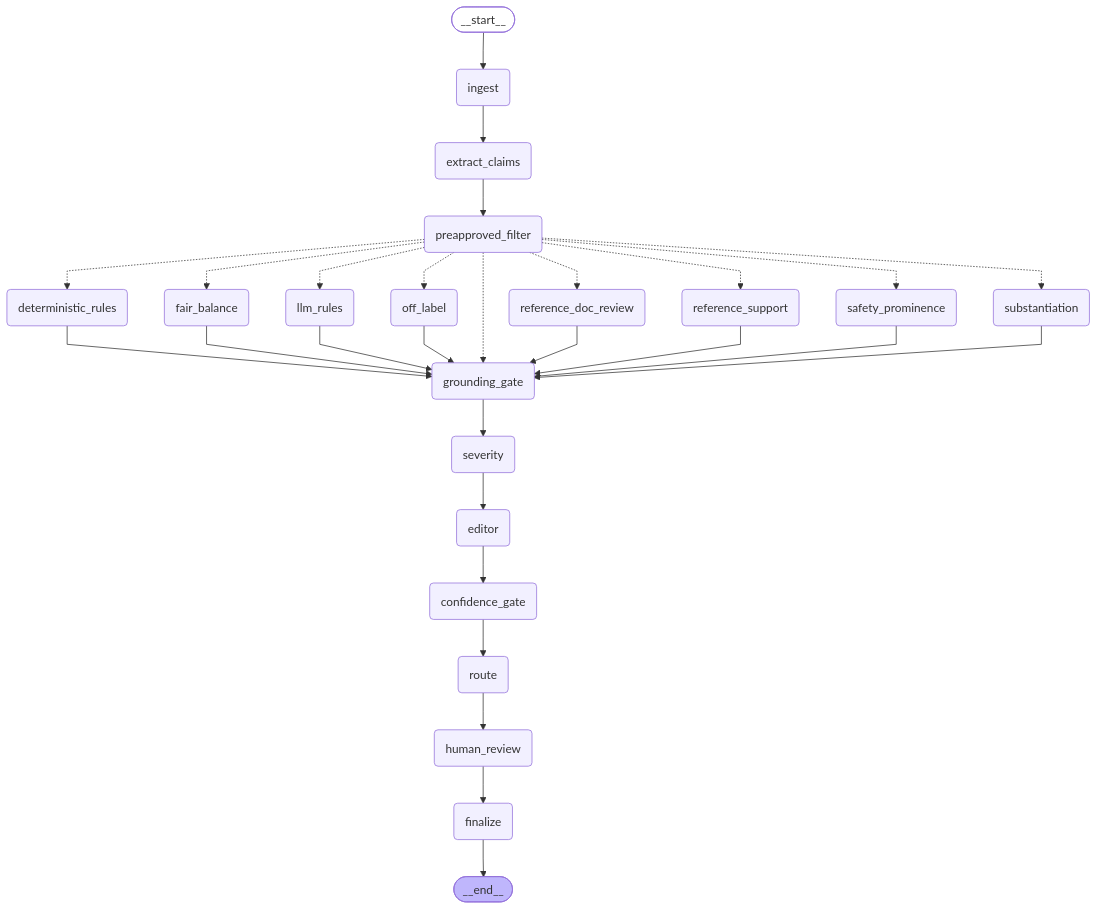
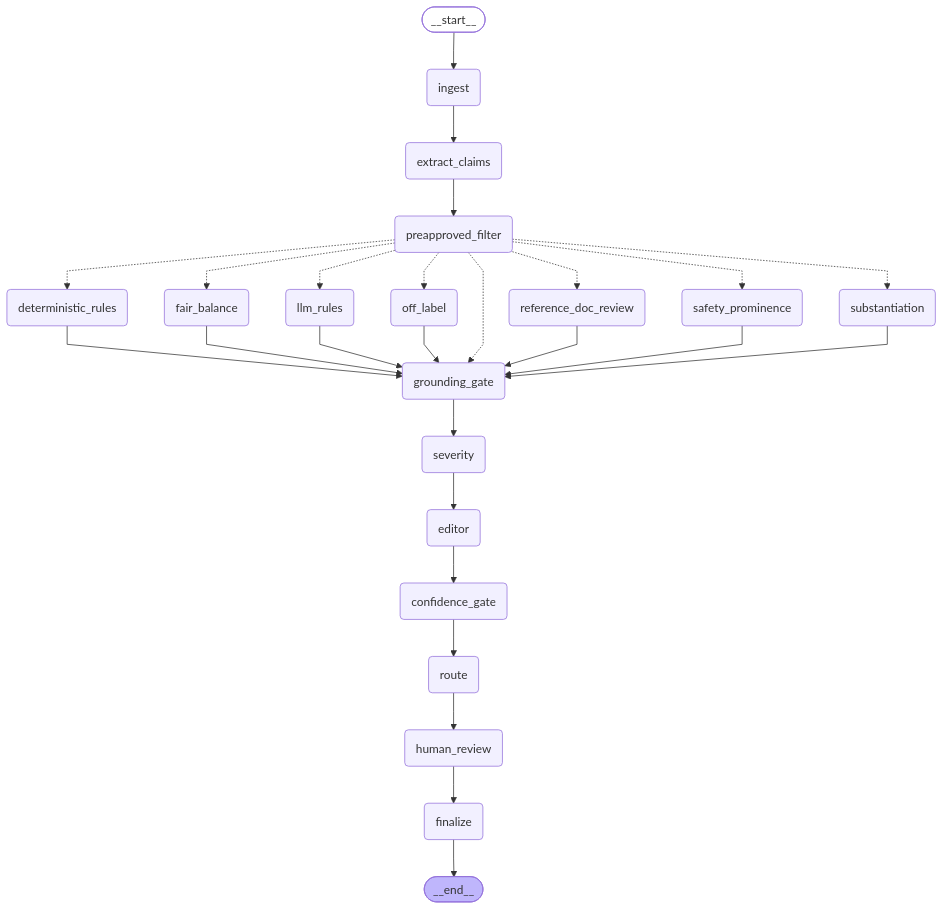
Before and after one commit to supriyarao/mlr-review: the diagram in docs/graph.mmd, drawn with Mermaid. The commit also changed 11 other files, not shown here.

First line of the commit message:
chore: regenerate graph, API fixtures and eval baseline

```diff
--- a/docs/graph.mmd
+++ b/docs/graph.mmd
@@ -1,56 +1,53 @@
 ---
 config:
   flowchart:
     curve: linear
 ---
 graph TD;
 	__start__([<p>__start__</p>]):::first
 	ingest(ingest)
 	extract_claims(extract_claims)
 	preapproved_filter(preapproved_filter)
 	substantiation(substantiation)
-	reference_support(reference_support)
 	off_label(off_label)
 	fair_balance(fair_balance)
 	safety_prominence(safety_prominence)
 	deterministic_rules(deterministic_rules)
 	llm_rules(llm_rules)
 	reference_doc_review(reference_doc_review)
 	grounding_gate(grounding_gate)
 	severity(severity)
 	editor(editor)
 	confidence_gate(confidence_gate)
 	route(route)
 	human_review(human_review)
 	finalize(finalize)
 	__end__([<p>__end__</p>]):::last
 	__start__ --> ingest;
 	confidence_gate --> route;
 	deterministic_rules --> grounding_gate;
 	editor --> confidence_gate;
 	extract_claims --> preapproved_filter;
 	fair_balance --> grounding_gate;
 	grounding_gate --> severity;
 	human_review --> finalize;
 	ingest --> extract_claims;
 	llm_rules --> grounding_gate;
 	off_label --> grounding_gate;
 	preapproved_filter -.-> deterministic_rules;
 	preapproved_filter -.-> fair_balance;
 	preapproved_filter -.-> grounding_gate;
 	preapproved_filter -.-> llm_rules;
 	preapproved_filter -.-> off_label;
 	preapproved_filter -.-> reference_doc_review;
-	preapproved_filter -.-> reference_support;
 	preapproved_filter -.-> safety_prominence;
 	preapproved_filter -.-> substantiation;
 	reference_doc_review --> grounding_gate;
-	reference_support --> grounding_gate;
 	route --> human_review;
 	safety_prominence --> grounding_gate;
 	severity --> editor;
 	substantiation --> grounding_gate;
 	finalize --> __end__;
 	classDef default fill:#f2f0ff,line-height:1.2
 	classDef first fill-opacity:0
 	classDef last fill:#bfb6fc
```
